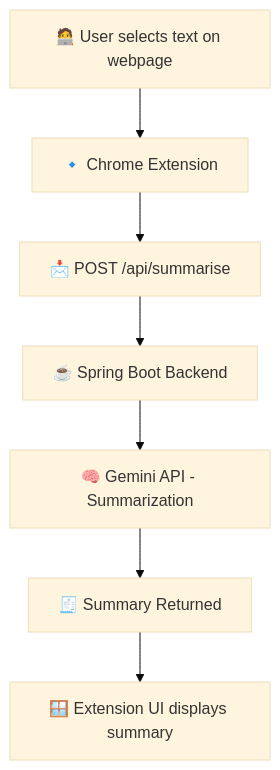
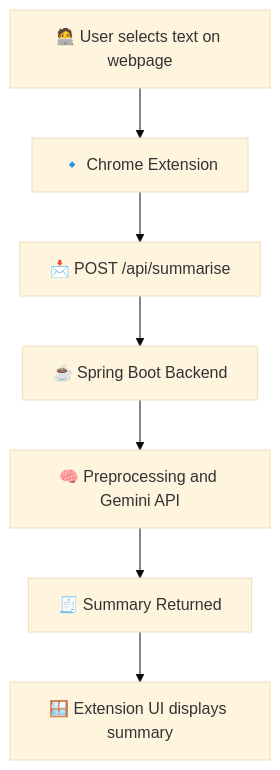
Before and after one commit to preetihegde/Summarise_it: the diagram in README.md, drawn with Mermaid (base theme).

Commit message:
Update backend summarization description in README

````diff
--- a/README.md
+++ b/README.md
@@ -14,14 +14,14 @@
 ```mermaid
 flowchart TD
 
 %% === FRONTEND ===
 A[🧑‍💻 User selects text on webpage] --> B[🔹 Chrome Extension]
 
 %% === BACKEND SUMMARIZATION ===
 B --> C[📩 POST /api/summarise]
 C --> D[☕ Spring Boot Backend]
-D --> E[🧠 Gemini API - Summarization]
+D --> E[🧠 Preprocessing and Gemini API ]
 E --> F[🧾 Summary Returned]
 F --> G[🪟 Extension UI displays summary]
 
 ```
````
